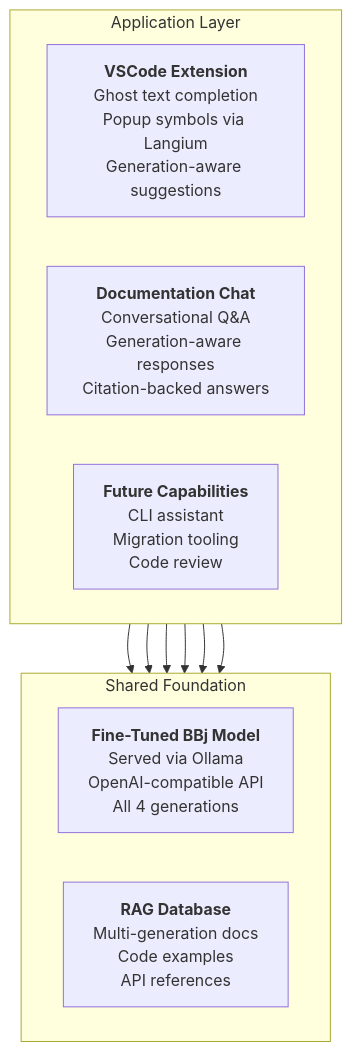
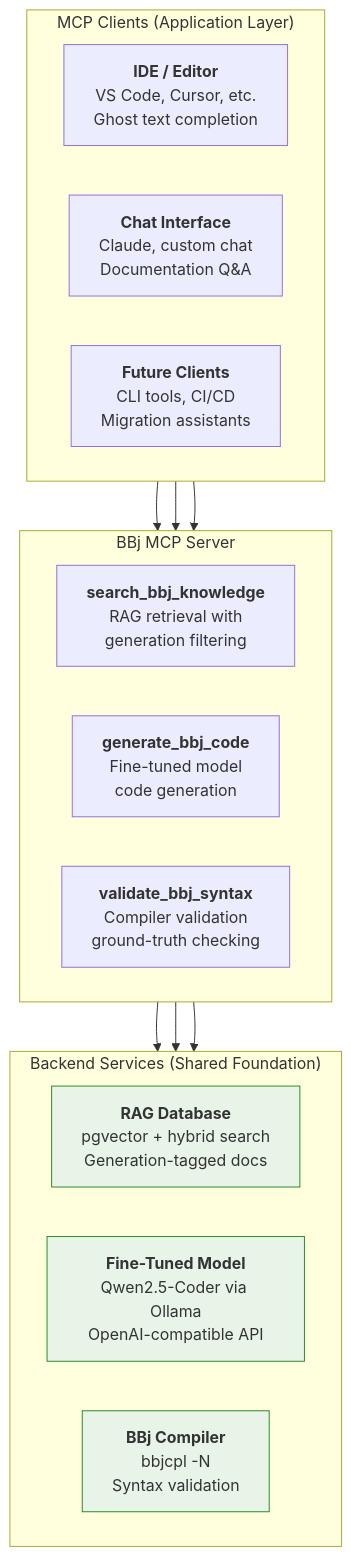
Before and after one commit to StephanWald/bbj-ai-strategy: the first of 2 diagrams in docs/02-strategic-architecture/index.md, drawn with Mermaid. The commit also changed other lines of this file, not shown here.

Commit message:
feat(15-01): update TL;DR, opening paragraph, and architecture overview diagram
- TL;DR now mentions MCP server, three tools, and generate-validate-fix loop
- Opening paragraph extended with MCP concrete architecture sentence
- Architecture overview diagram replaced with MCP topology (Clients/Server/Backends)
- Explanatory text updated to describe MCP mediation pattern

````diff
--- a/docs/02-strategic-architecture/index.md
+++ b/docs/02-strategic-architecture/index.md
@@ -50,22 +52,35 @@
 ```mermaid
 graph TB
-    subgraph APPS ["Application Layer"]
+    subgraph CLIENTS ["MCP Clients (Application Layer)"]
         direction LR
-        IDE["<b>VSCode Extension</b><br/>Ghost text completion<br/>Popup symbols via Langium<br/>Generation-aware suggestions"]
-        CHAT["<b>Documentation Chat</b><br/>Conversational Q&A<br/>Generation-aware responses<br/>Citation-backed answers"]
-        FUTURE["<b>Future Capabilities</b><br/>CLI assistant<br/>Migration tooling<br/>Code review"]
+        IDE["<b>IDE / Editor</b><br/>VS Code, Cursor, etc.<br/>Ghost text completion"]
+        CHAT["<b>Chat Interface</b><br/>Claude, custom chat<br/>Documentation Q&A"]
+        FUTURE["<b>Future Clients</b><br/>CLI tools, CI/CD<br/>Migration assistants"]
     end
 
-    subgraph FOUNDATION ["Shared Foundation"]
+    subgraph SERVER ["BBj MCP Server"]
         direction LR
-        MODEL["<b>Fine-Tuned BBj Model</b><br/>Served via Ollama<br/>OpenAI-compatible API<br/>All 4 generations"]
-        RAG["<b>RAG Database</b><br/>Multi-generation docs<br/>Code examples<br/>API references"]
+        SEARCH["<b>search_bbj_knowledge</b><br/>RAG retrieval with<br/>generation filtering"]
+        GENERATE["<b>generate_bbj_code</b><br/>Fine-tuned model<br/>code generation"]
+        VALIDATE["<b>validate_bbj_syntax</b><br/>Compiler validation<br/>ground-truth checking"]
     end
 
-    IDE --> MODEL
-    IDE --> RAG
-    CHAT --> MODEL
-    CHAT --> RAG
-    FUTURE --> MODEL
-    FUTURE --> RAG
+    subgraph BACKENDS ["Backend Services (Shared Foundation)"]
+        direction LR
+        RAG["<b>RAG Database</b><br/>pgvector + hybrid search<br/>Generation-tagged docs"]
+        MODEL["<b>Fine-Tuned Model</b><br/>Qwen2.5-Coder via Ollama<br/>OpenAI-compatible API"]
+        COMPILER["<b>BBj Compiler</b><br/>bbjcpl -N<br/>Syntax validation"]
+    end
+
+    IDE --> SERVER
+    CHAT --> SERVER
+    FUTURE --> SERVER
+
+    SEARCH --> RAG
+    GENERATE --> MODEL
+    VALIDATE --> COMPILER
+
+    style RAG fill:#e8f4e8,stroke:#2d8a2d
+    style MODEL fill:#e8f4e8,stroke:#2d8a2d
+    style COMPILER fill:#e8f4e8,stroke:#2d8a2d
 ```
````
